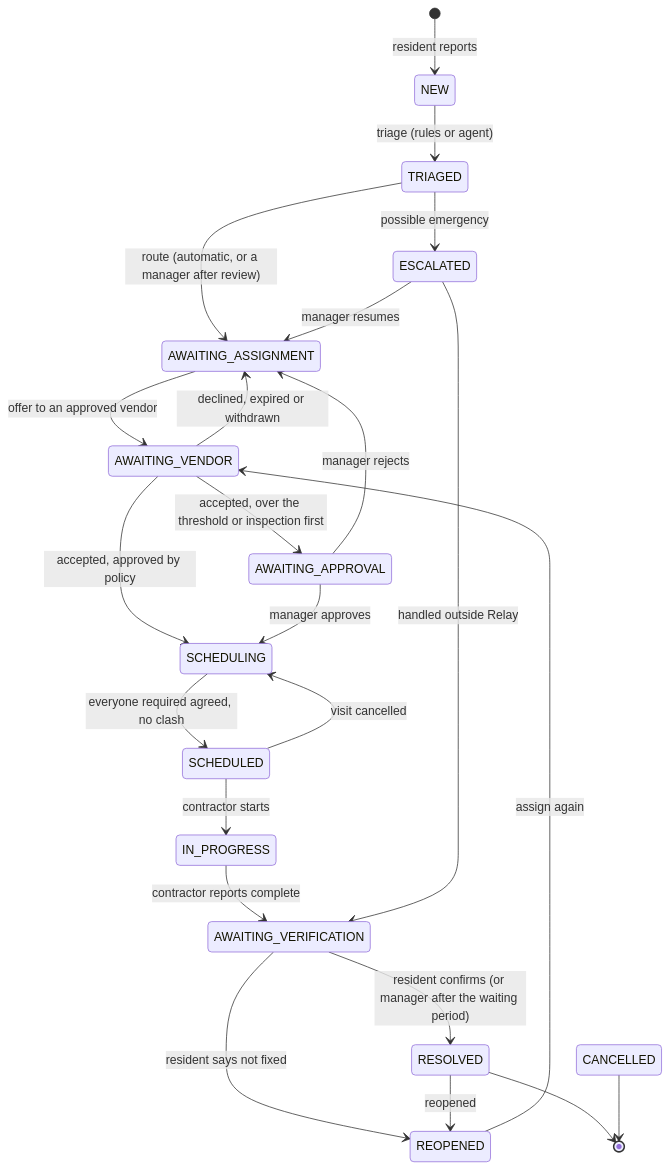
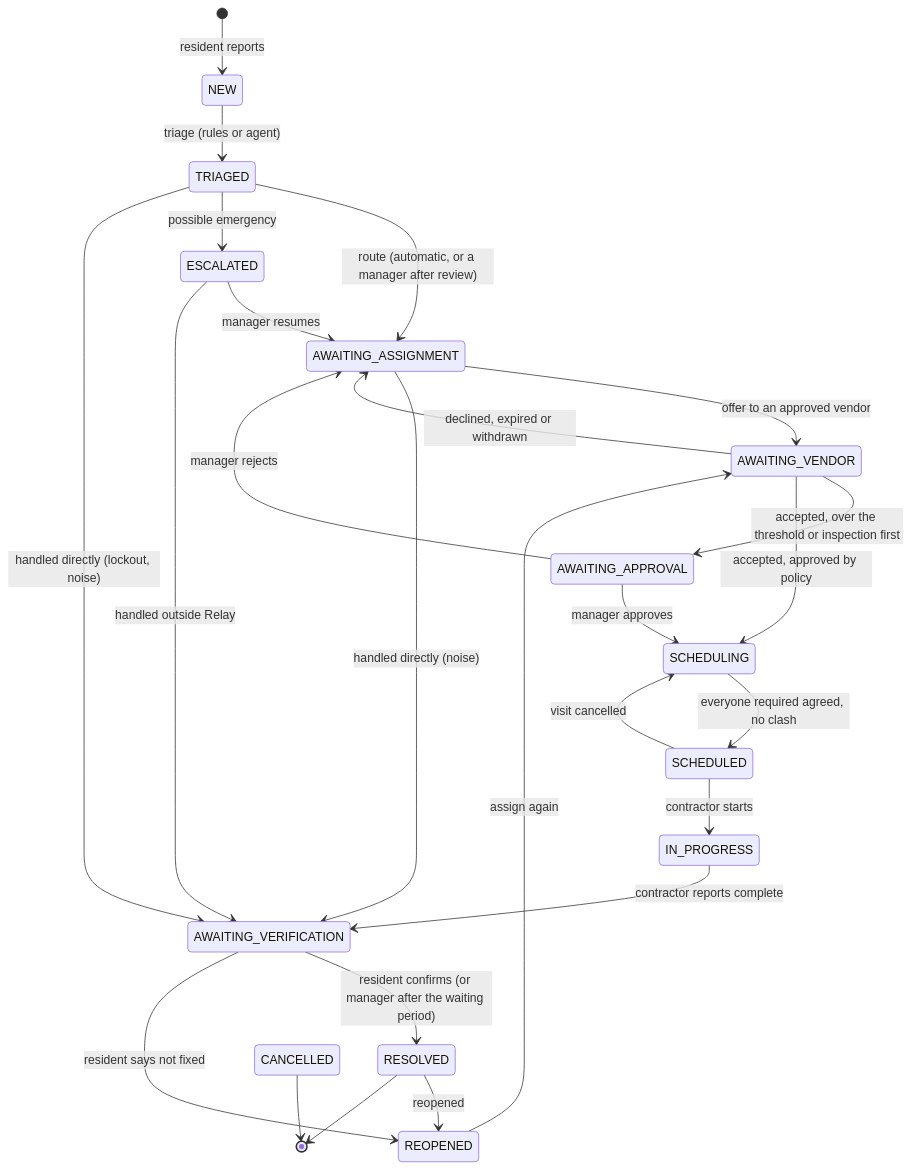
Before and after one commit to elaineh16/yc-hackathon: the diagram in docs/workflow.md, drawn with Mermaid. The commit also changed other lines of this file and 56 other files, not shown here.

````diff
--- a/docs/workflow.md
+++ b/docs/workflow.md
@@ -5,25 +5,27 @@
 ```mermaid
 stateDiagram-v2
   [*] --> NEW: resident reports
   NEW --> TRIAGED: triage (rules or agent)
   TRIAGED --> AWAITING_ASSIGNMENT: route (automatic, or a manager after review)
   TRIAGED --> ESCALATED: possible emergency
   AWAITING_ASSIGNMENT --> AWAITING_VENDOR: offer to an approved vendor
   AWAITING_VENDOR --> AWAITING_ASSIGNMENT: declined, expired or withdrawn
   AWAITING_VENDOR --> AWAITING_APPROVAL: accepted, over the threshold or inspection first
   AWAITING_VENDOR --> SCHEDULING: accepted, approved by policy
   AWAITING_APPROVAL --> SCHEDULING: manager approves
   AWAITING_APPROVAL --> AWAITING_ASSIGNMENT: manager rejects
   SCHEDULING --> SCHEDULED: everyone required agreed, no clash
   SCHEDULED --> SCHEDULING: visit cancelled
   SCHEDULED --> IN_PROGRESS: contractor starts
   IN_PROGRESS --> AWAITING_VERIFICATION: contractor reports complete
   AWAITING_VERIFICATION --> RESOLVED: resident confirms (or manager after the waiting period)
   AWAITING_VERIFICATION --> REOPENED: resident says not fixed
   RESOLVED --> REOPENED: reopened
   REOPENED --> AWAITING_VENDOR: assign again
   ESCALATED --> AWAITING_ASSIGNMENT: manager resumes
   ESCALATED --> AWAITING_VERIFICATION: handled outside Relay
+  TRIAGED --> AWAITING_VERIFICATION: handled directly (lockout, noise)
+  AWAITING_ASSIGNMENT --> AWAITING_VERIFICATION: handled directly (noise)
   RESOLVED --> [*]
   CANCELLED --> [*]
 ```
````
